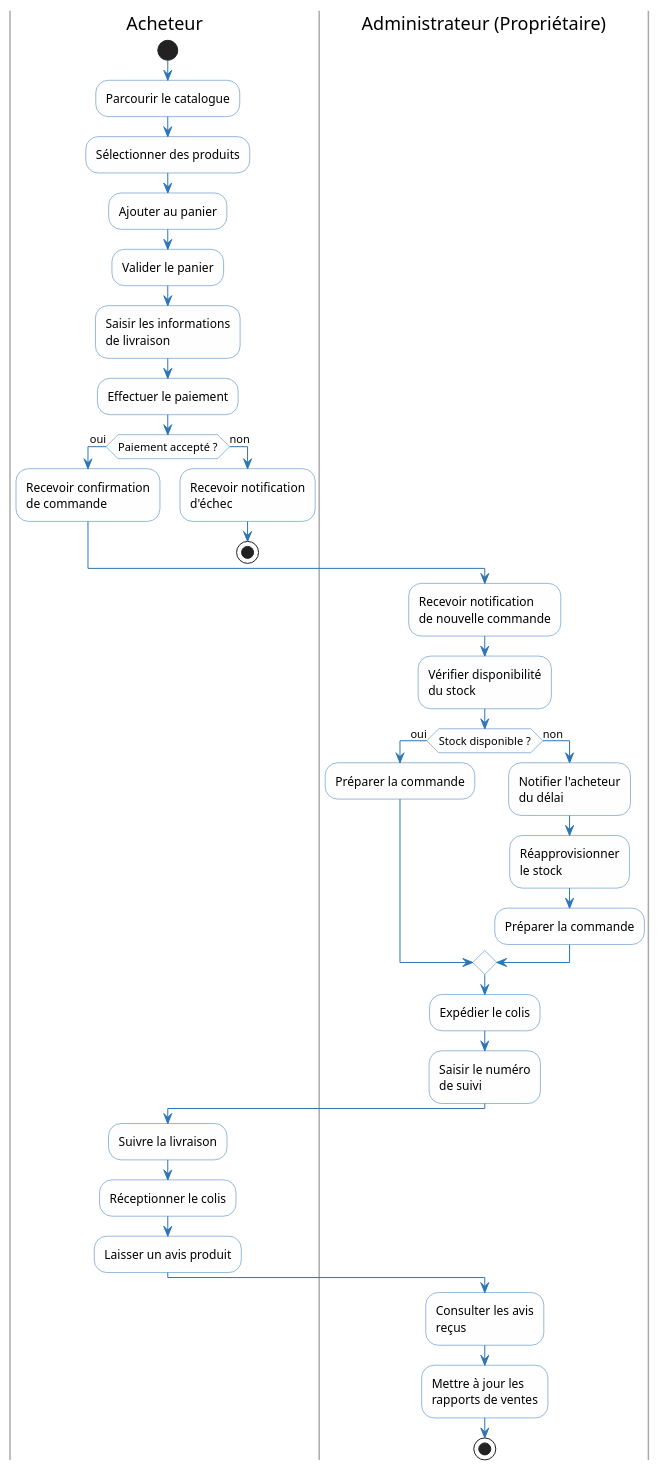
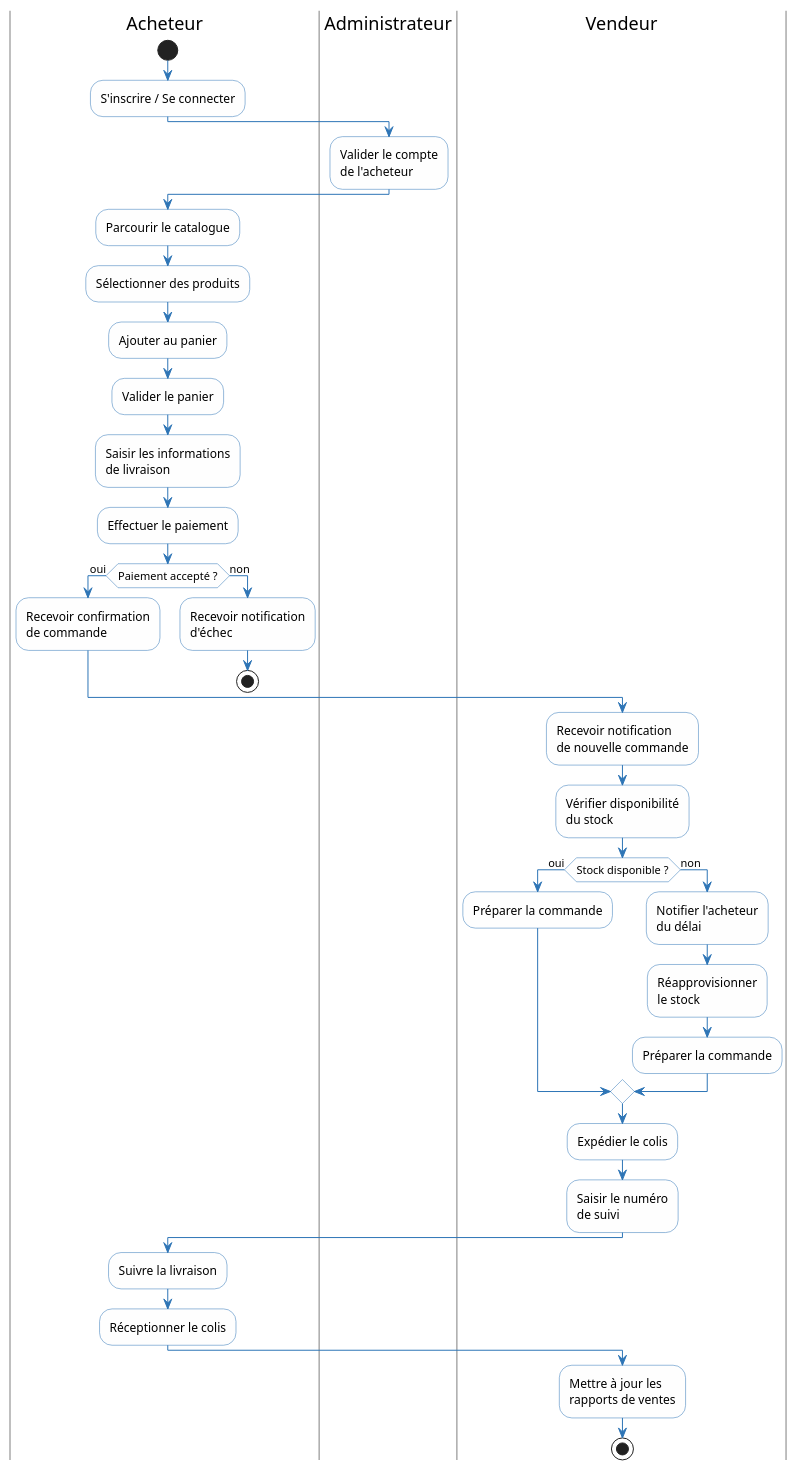
One commit to louistalvande/online_shop changed the second of 4 diagrams in architecture.adoc. Above: the diagram before and after it, drawn with PlantUML. The commit also changed other lines of this file, not shown here.

Commit message:
Refactor roles and responsibilities in architecture.adoc

```diff
--- a/architecture.adoc
+++ b/architecture.adoc
@@ -102,49 +111,53 @@
 [plantuml, oa-activity, svg]
 ----
 skinparam activityBackgroundColor #FEFEFE
 skinparam activityBorderColor #2E75B6
 skinparam arrowColor #2E75B6
 skinparam swimlaneBorderColor #AAAAAA
 
 |Acheteur|
 start
+:S'inscrire / Se connecter;
+
+|Administrateur|
+:Valider le compte\nde l'acheteur;
+
+|Acheteur|
 :Parcourir le catalogue;
 :Sélectionner des produits;
 :Ajouter au panier;
 :Valider le panier;
 :Saisir les informations\nde livraison;
 :Effectuer le paiement;
 
 if (Paiement accepté ?) then (oui)
   :Recevoir confirmation\nde commande;
 else (non)
   :Recevoir notification\nd'échec;
   stop
 endif
 
-|Administrateur (Propriétaire)|
+|Vendeur|
 :Recevoir notification\nde nouvelle commande;
 :Vérifier disponibilité\ndu stock;
 
 if (Stock disponible ?) then (oui)
   :Préparer la commande;
 else (non)
   :Notifier l'acheteur\ndu délai;
   :Réapprovisionner\nle stock;
   :Préparer la commande;
 endif
 
 :Expédier le colis;
 :Saisir le numéro\nde suivi;
 
 |Acheteur|
 :Suivre la livraison;
 :Réceptionner le colis;
-:Laisser un avis produit;
 
-|Administrateur (Propriétaire)|
-:Consulter les avis\nreçus;
+|Vendeur|
 :Mettre à jour les\nrapports de ventes;
 
 stop
 ----
```
